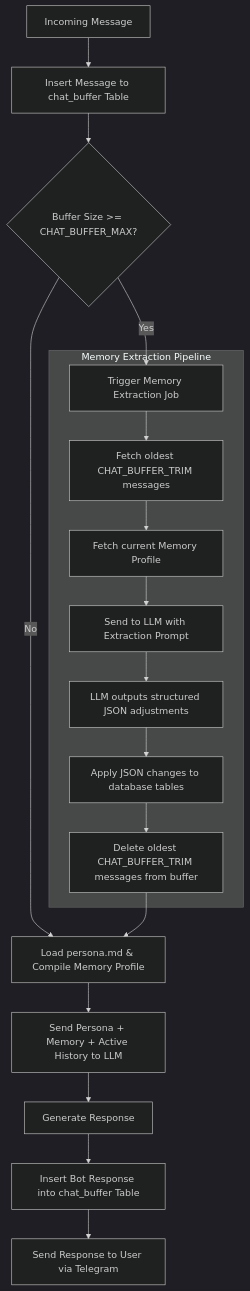
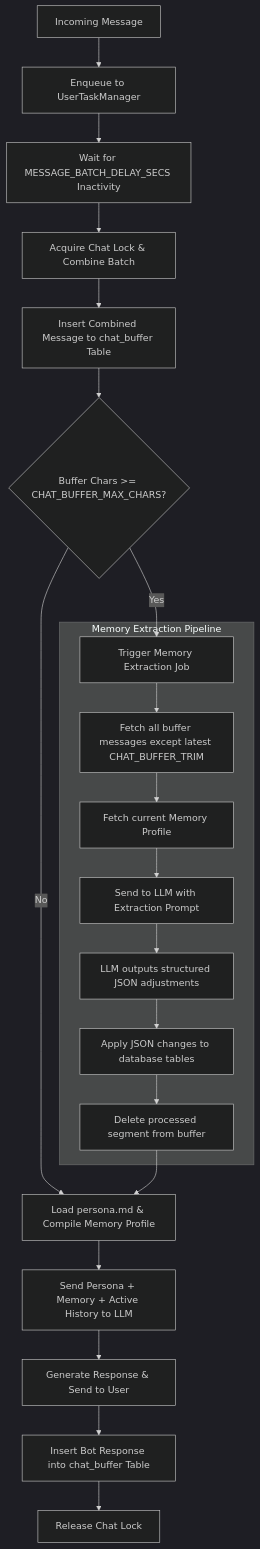
One commit to TechShreyash/ThinkMate changed the first of 2 diagrams in docs/architecture.md. Above: the diagram before and after it, drawn with Mermaid (dark theme). The commit also changed other lines of this file and 20 other files, not shown here.

````diff
--- a/docs/architecture.md
+++ b/docs/architecture.md
@@ -48,22 +48,25 @@
 ```mermaid
 graph TD
-    A[Incoming Message] --> B[Insert Message to chat_buffer Table]
-    B --> C{Buffer Size >= CHAT_BUFFER_MAX?}
-    C -->|No| D[Load persona.md & Compile Memory Profile]
-    C -->|Yes| E[Trigger Memory Extraction Job]
+    A[Incoming Message] --> B[Enqueue to UserTaskManager]
+    B --> C[Wait for MESSAGE_BATCH_DELAY_SECS Inactivity]
+    C --> D[Acquire Chat Lock & Combine Batch]
+    D --> E[Insert Combined Message to chat_buffer Table]
+    E --> F{Buffer Chars >= CHAT_BUFFER_MAX_CHARS?}
+    F -->|No| G[Load persona.md & Compile Memory Profile]
+    F -->|Yes| H[Trigger Memory Extraction Job]
     
     subgraph Memory Extraction Pipeline
-        E --> E1[Fetch oldest CHAT_BUFFER_TRIM messages]
-        E1 --> E2[Fetch current Memory Profile]
-        E2 --> E3[Send to LLM with Extraction Prompt]
-        E3 --> E4[LLM outputs structured JSON adjustments]
-        E4 --> E5[Apply JSON changes to database tables]
-        E5 --> E6[Delete oldest CHAT_BUFFER_TRIM messages from buffer]
+        H --> H1[Fetch all buffer messages except latest CHAT_BUFFER_TRIM]
+        H1 --> H2[Fetch current Memory Profile]
+        H2 --> H3[Send to LLM with Extraction Prompt]
+        H3 --> H4[LLM outputs structured JSON adjustments]
+        H4 --> H5[Apply JSON changes to database tables]
+        H5 --> H6[Delete processed segment from buffer]
     end
     
-    E6 --> D
-    D --> F[Send Persona + Memory + Active History to LLM]
-    F --> G[Generate Response]
-    G --> H[Insert Bot Response into chat_buffer Table]
-    H --> I[Send Response to User via Telegram]
+    H6 --> G
+    G --> I[Send Persona + Memory + Active History to LLM]
+    I --> J[Generate Response & Send to User]
+    J --> K[Insert Bot Response into chat_buffer Table]
+    K --> L[Release Chat Lock]
 ```
````
